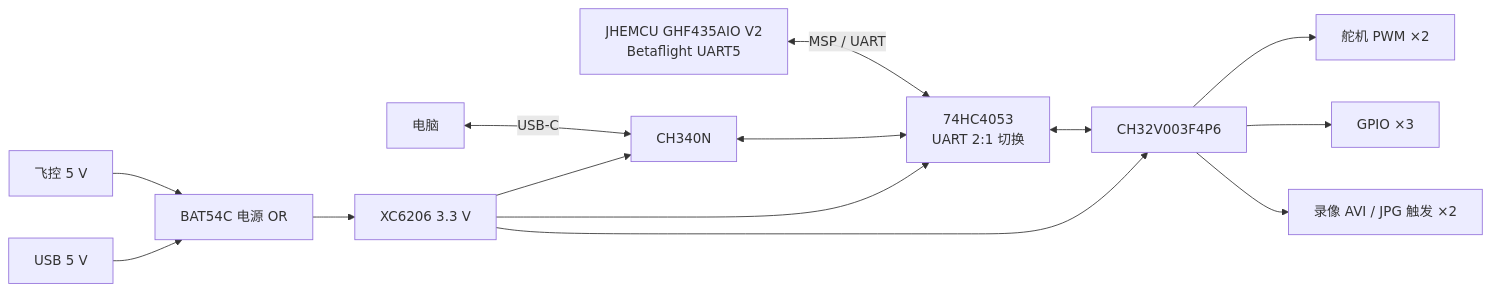
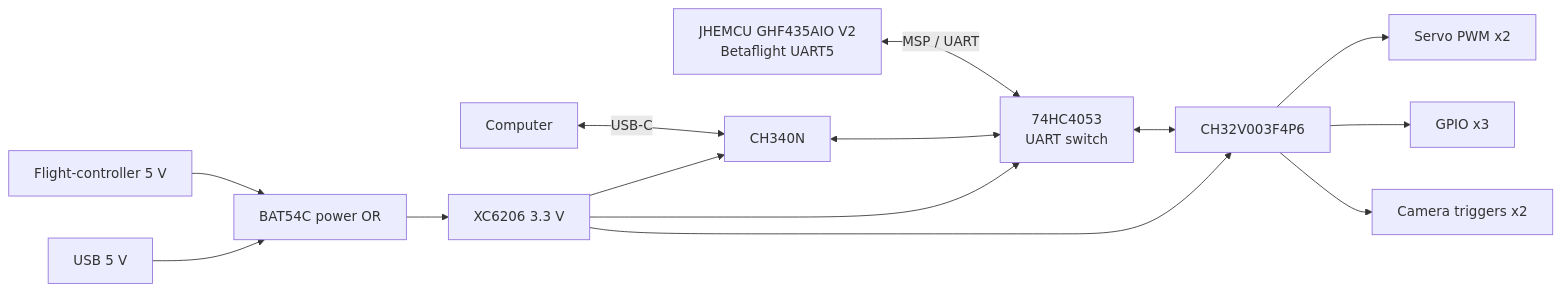
Before and after one commit to Mudycrafter-rubbish-coder/kepler-v-acm: the first of 2 diagrams in README.md, drawn with Mermaid. The commit also changed other lines of this file and 5 other files, not shown here.

````diff
--- a/README.md
+++ b/README.md
@@ -57,16 +61,16 @@
 ```mermaid
 flowchart LR
-    FC[JHEMCU GHF435AIO V2<br/>Betaflight UART5] <-->|MSP / UART| SW[74HC4053<br/>UART 2:1 切换]
+    FC[JHEMCU GHF435AIO V2<br/>Betaflight UART5] <-->|MSP / UART| SW[74HC4053<br/>UART switch]
     SW <--> MCU[CH32V003F4P6]
-    PC[电脑] <-->|USB-C| CH340[CH340N]
+    PC[Computer] <-->|USB-C| CH340[CH340N]
     CH340 <--> SW
-    MCU --> S1[舵机 PWM ×2]
-    MCU --> G[GPIO ×3]
-    MCU --> DVR[录像 AVI / JPG 触发 ×2]
-    FC5V[飞控 5 V] --> OR[BAT54C 电源 OR]
+    MCU --> S1[Servo PWM x2]
+    MCU --> G[GPIO x3]
+    MCU --> DVR[Camera triggers x2]
+    FC5V[Flight-controller 5 V] --> OR[BAT54C power OR]
     USB5V[USB 5 V] --> OR
     OR --> LDO[XC6206 3.3 V]
     LDO --> MCU
     LDO --> SW
     LDO --> CH340
 ```
````
